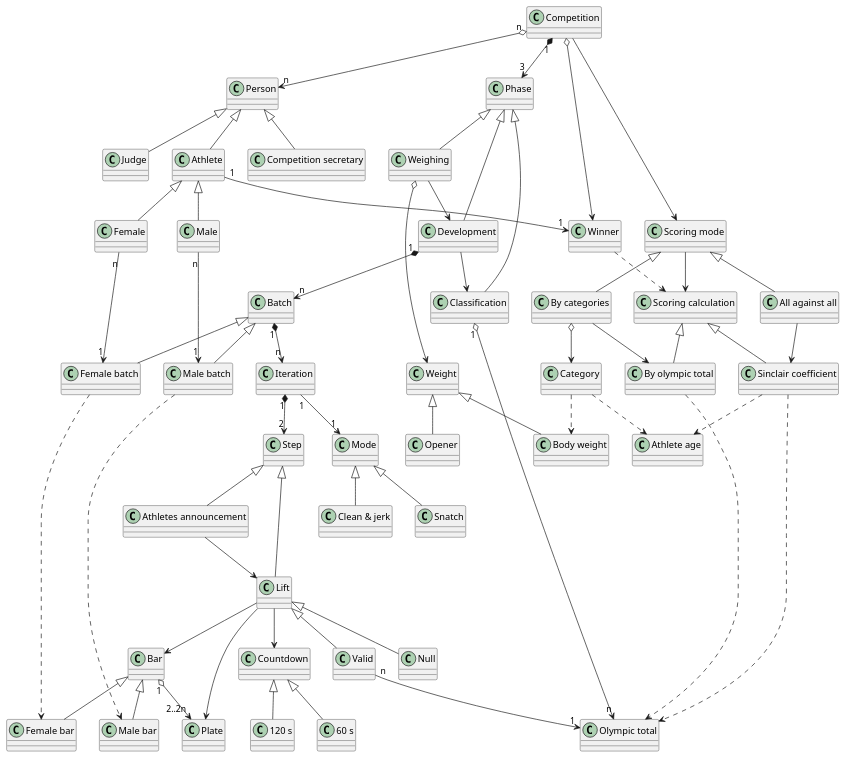
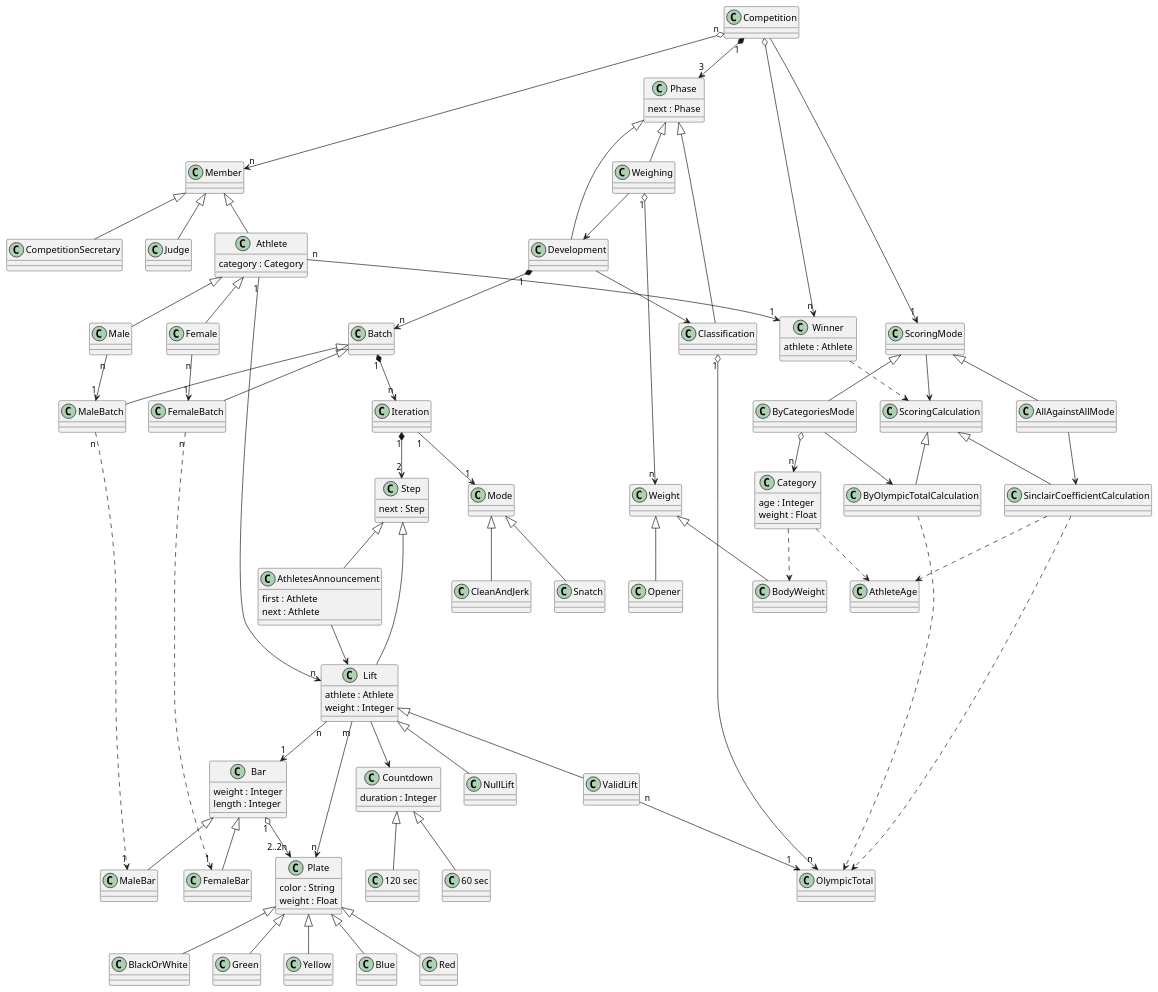
The diagram in diagrams/modelDomain/wipCompetitionDomainModel.puml (zuldare/mastercloud_pfm_halterocms), drawn with PlantUML before and after one commit.

Commit message:
Define classes and improve the domain model

```diff
--- a/diagrams/modelDomain/wipCompetitionDomainModel.puml
+++ b/diagrams/modelDomain/wipCompetitionDomainModel.puml
@@ -1,67 +1,175 @@
 @startuml
-"Competition" "1" *--> "3" "Phase"
-"Competition" "n" o--> "n" "Person"
-"Person" <|-- "Athlete"
-"Athlete" <|-- "Male"
-"Athlete" <|-- "Female"
-"Person" <|-- "Judge"
-"Person" <|-- "Competition secretary"
-"Phase" <|-- "Weighing"
-"Phase" <|-- "Development"
-"Phase" <|-- "Classification"
-"Weighing" --> "Development"
-"Development" --> "Classification"
-"Classification" "1" o--> "n" "Olympic total"
-"Weighing" o--> "Weight"
-"Weight" <|-- "Body weight"
-"Weight" <|-- "Opener"
-"Development" "1" *--> "n" "Batch"
-"Batch" <|-- "Male batch"
-"Batch" <|-- "Female batch"
-"Male" "n" --> "1" "Male batch"
-"Female" "n" --> "1" "Female batch"
-"Batch" "1" *--> "n" "Iteration"
-"Iteration" "1" *--> "2" "Step"
-"Step" <|-- "Athletes announcement"
-"Step" <|-- "Lift"
-"Lift" <|-- "Null"
-"Lift" <|-- "Valid"
-"Valid" "n" --> "1" "Olympic total"
-"Lift" --> "Countdown"
-"Countdown" <|-- "60 s"
-"Countdown" <|-- "120 s"
-"Athletes announcement" --> "Lift"
-"Mode" <|-- "Snatch"
-"Mode" <|-- "Clean & jerk"
-"Iteration" "1" --> "1" "Mode"
-"Category" ..> "Body weight"
-"Category" ..> "Athlete age"
-"Bar" <|-- "Male bar"
-"Bar" <|-- "Female bar"
-"Bar" "1" o--> "2..2n" "Plate"
-"Male batch" ..> "Male bar"
-"Female batch" ..> "Female bar"
-"Lift" --> "Bar"
-"Lift" --> "Plate"
+class Competition
+class Winner {
+  athlete : Athlete
+}
 
-"Competition" --> "Scoring mode"
-"Scoring mode" <|-- "By categories"
-"Scoring mode" <|-- "All against all"
+' Members
 
-"Scoring calculation" <|-- "By olympic total"
-"Scoring calculation" <|-- "Sinclair coefficient"
+class Member
+class Athlete {
+  category : Category
+}
+class Male
+class Female
+class Judge
+class CompetitionSecretary
 
-"By olympic total" ..> "Olympic total"
-"Sinclair coefficient" ..> "Athlete age"
-"Sinclair coefficient" ..> "Olympic total"
+' Competition phases
 
-"Scoring mode" --> "Scoring calculation"
-"By categories" --> "By olympic total"
-"All against all" --> "Sinclair coefficient"
+class Phase {
+  next : Phase
+}
+class Weighing
+class Development
+class Classification
 
-"By categories" o--> "Category"
+class Batch
+class MaleBatch
+class FemaleBatch
+class Iteration
 
-"Athlete" "1" --> "1" "Winner"
-"Competition" o--> "Winner"
-"Winner" ..> "Scoring calculation"
+class Mode
+class Snatch
+class CleanAndJerk
+
+class Step {
+  next : Step
+}
+class AthletesAnnouncement {
+  first : Athlete
+  next : Athlete
+}
+class Lift {
+  athlete : Athlete
+  weight : Integer
+}
+class ValidLift
+class NullLift
+
+class Countdown {
+  duration : Integer
+}
+class "60 sec" as SimpleCountdown
+class "120 sec" as DoubleCountdown
+
+
+' Bars and plates
+
+class Bar {
+  weight : Integer
+  length : Integer
+}
+class MaleBar
+class FemaleBar
+
+class Plate {
+  color : String
+  weight : Float
+}
+
+class BlackOrWhite
+class Green
+class Yellow
+class Blue
+class Red
+
+' Categories and parameters
+
+class Category {
+  age : Integer
+  weight : Float
+}
+
+class AthleteAge
+
+class Weight
+class BodyWeight
+class Opener
+class OlympicTotal
+
+' Scoring
+
+class ScoringMode
+class ByCategoriesMode
+class AllAgainstAllMode
+
+class ScoringCalculation
+class ByOlympicTotalCalculation
+class SinclairCoefficientCalculation
+
+'''''
+
+Competition "1" *--> "3" Phase
+Competition "n" o--> "n" Member
+Member <|-- Athlete
+Athlete <|-- Male
+Athlete <|-- Female
+Athlete "1" --> "n" Lift
+Member <|-- Judge
+Member <|-- CompetitionSecretary
+Phase <|-- Weighing
+Phase <|-- Development
+Phase <|-- Classification
+Weighing --> Development
+Development --> Classification
+Classification "1" o--> "n" OlympicTotal
+Weighing "1" o--> "n" Weight
+Weight <|-- BodyWeight
+Weight <|-- Opener
+Development "1" *--> "n" Batch
+Batch <|-- MaleBatch
+Batch <|-- FemaleBatch
+Male "n" --> "1" MaleBatch
+Female "n" --> "1" FemaleBatch
+Batch "1" *--> "n" Iteration
+Iteration "1" *--> "2" Step
+Step <|-- AthletesAnnouncement
+Step <|-- Lift
+Lift <|-- NullLift
+Lift <|-- ValidLift
+ValidLift "n" --> "1" OlympicTotal
+Lift --> Countdown
+Countdown <|-- SimpleCountdown
+Countdown <|-- DoubleCountdown
+AthletesAnnouncement --> Lift
+Mode <|-- Snatch
+Mode <|-- CleanAndJerk
+Iteration "1" --> "1" Mode
+Category ..> BodyWeight
+Category ..> AthleteAge
+Bar <|-- MaleBar
+Bar <|-- FemaleBar
+Bar "1" o--> "2..2n" Plate
+MaleBatch "n" ..> "1" MaleBar
+FemaleBatch "n" ..> "1" FemaleBar
+Lift "n" --> "1" Bar
+Lift "m" --> "n" Plate
+
+Plate <|-- BlackOrWhite
+Plate <|-- Green
+Plate <|-- Yellow
+Plate <|-- Blue
+Plate <|-- Red
+
+Competition --> "1" ScoringMode
+ScoringMode <|-- ByCategoriesMode
+ScoringMode <|-- AllAgainstAllMode
+
+ScoringCalculation <|-- ByOlympicTotalCalculation
+ScoringCalculation <|-- SinclairCoefficientCalculation
+
+ByOlympicTotalCalculation ..> OlympicTotal
+SinclairCoefficientCalculation ..> AthleteAge
+SinclairCoefficientCalculation ..> OlympicTotal
+
+ScoringMode --> ScoringCalculation
+ByCategoriesMode --> ByOlympicTotalCalculation
+AllAgainstAllMode --> SinclairCoefficientCalculation
+
+ByCategoriesMode o--> "n" Category
+
+Athlete "n" --> "1" Winner
+Competition o--> "n" Winner
+Winner ..> ScoringCalculation
 @enduml
```
